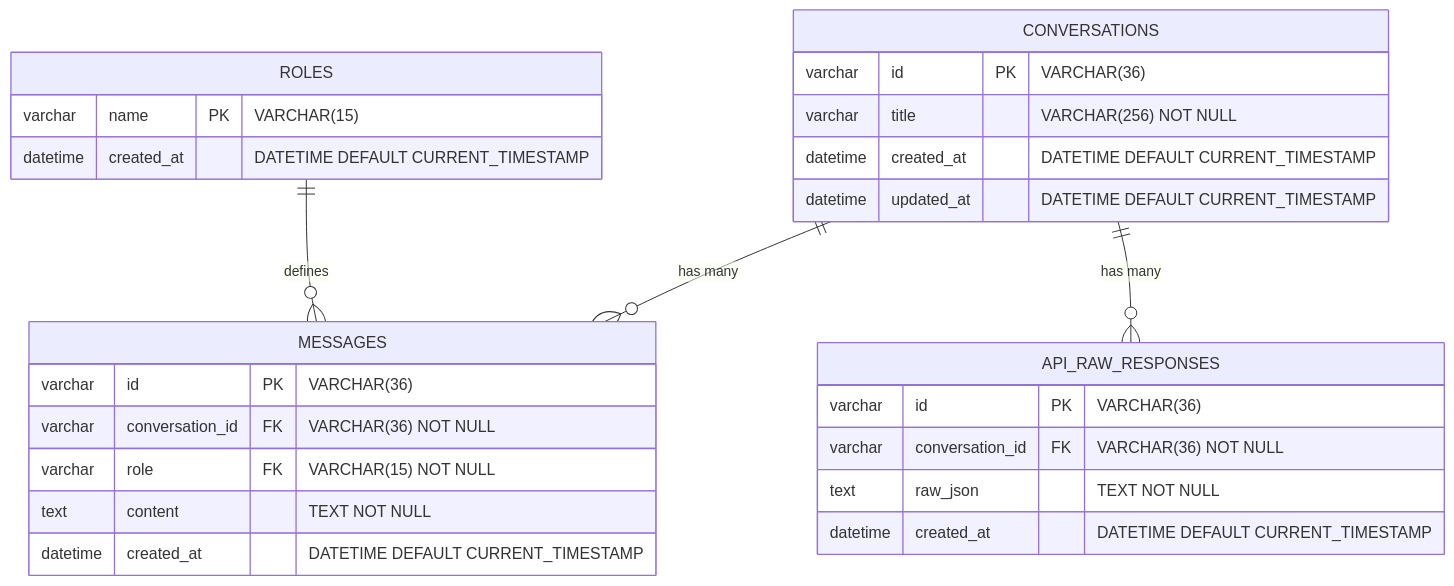
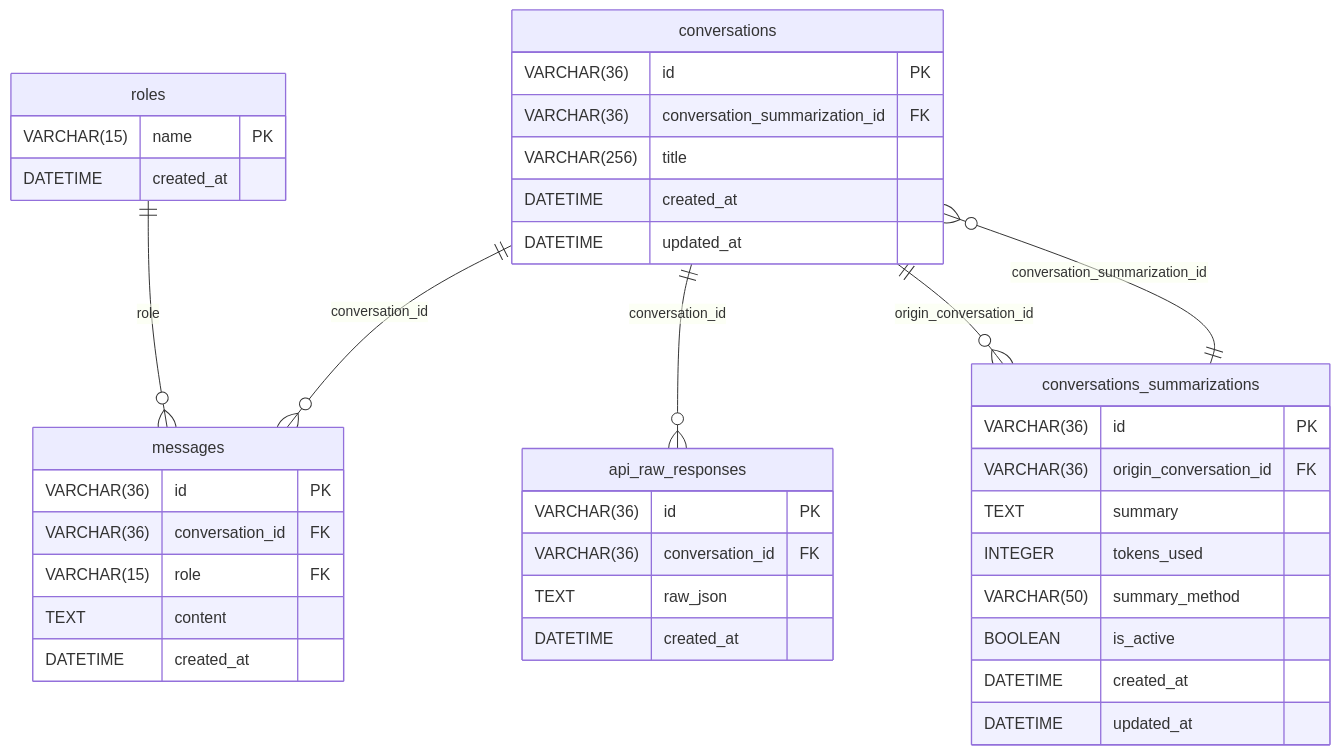
Before and after one commit to franciscotbjr/teste-exposed: the first of 2 diagrams in database-schema.md, drawn with Mermaid. The commit also changed other lines of this file and 13 other files, not shown here.

Commit message:
Alteração da entidade Conversations e Conversations Summarizations

````diff
--- a/database-schema.md
+++ b/database-schema.md
@@ -7,34 +7,47 @@
 ```mermaid
 erDiagram
-    ROLES {
-        varchar name PK "VARCHAR(15)"
-        datetime created_at "DATETIME DEFAULT CURRENT_TIMESTAMP"
+    roles {
+        VARCHAR(15) name PK
+        DATETIME created_at
     }
     
-    CONVERSATIONS {
-        varchar id PK "VARCHAR(36)"
-        varchar title "VARCHAR(256) NOT NULL"
-        datetime created_at "DATETIME DEFAULT CURRENT_TIMESTAMP"
-        datetime updated_at "DATETIME DEFAULT CURRENT_TIMESTAMP"
+    conversations {
+        VARCHAR(36) id PK
+        VARCHAR(36) conversation_summarization_id FK
+        VARCHAR(256) title
+        DATETIME created_at
+        DATETIME updated_at
     }
     
-    MESSAGES {
-        varchar id PK "VARCHAR(36)"
-        varchar conversation_id FK "VARCHAR(36) NOT NULL"
-        varchar role FK "VARCHAR(15) NOT NULL"
-        text content "TEXT NOT NULL"
-        datetime created_at "DATETIME DEFAULT CURRENT_TIMESTAMP"
+    messages {
+        VARCHAR(36) id PK
+        VARCHAR(36) conversation_id FK
+        VARCHAR(15) role FK
+        TEXT content
+        DATETIME created_at
     }
     
-    API_RAW_RESPONSES {
-        varchar id PK "VARCHAR(36)"
-        varchar conversation_id FK "VARCHAR(36) NOT NULL"
-        text raw_json "TEXT NOT NULL"
-        datetime created_at "DATETIME DEFAULT CURRENT_TIMESTAMP"
+    api_raw_responses {
+        VARCHAR(36) id PK
+        VARCHAR(36) conversation_id FK
+        TEXT raw_json
+        DATETIME created_at
     }
     
-    %% Relacionamentos
-    CONVERSATIONS ||--o{ MESSAGES : "has many"
-    CONVERSATIONS ||--o{ API_RAW_RESPONSES : "has many"
-    ROLES ||--o{ MESSAGES : "defines"
+    conversations_summarizations {
+        VARCHAR(36) id PK
+        VARCHAR(36) origin_conversation_id FK
+        TEXT summary
+        INTEGER tokens_used
+        VARCHAR(50) summary_method
+        BOOLEAN is_active
+        DATETIME created_at
+        DATETIME updated_at
+    }
+
+    roles ||--o{ messages : "role"
+    conversations ||--o{ messages : "conversation_id"
+    conversations ||--o{ api_raw_responses : "conversation_id"
+    conversations ||--o{ conversations_summarizations : "origin_conversation_id"
+    conversations }o--|| conversations_summarizations : "conversation_summarization_id"
 ```
````
